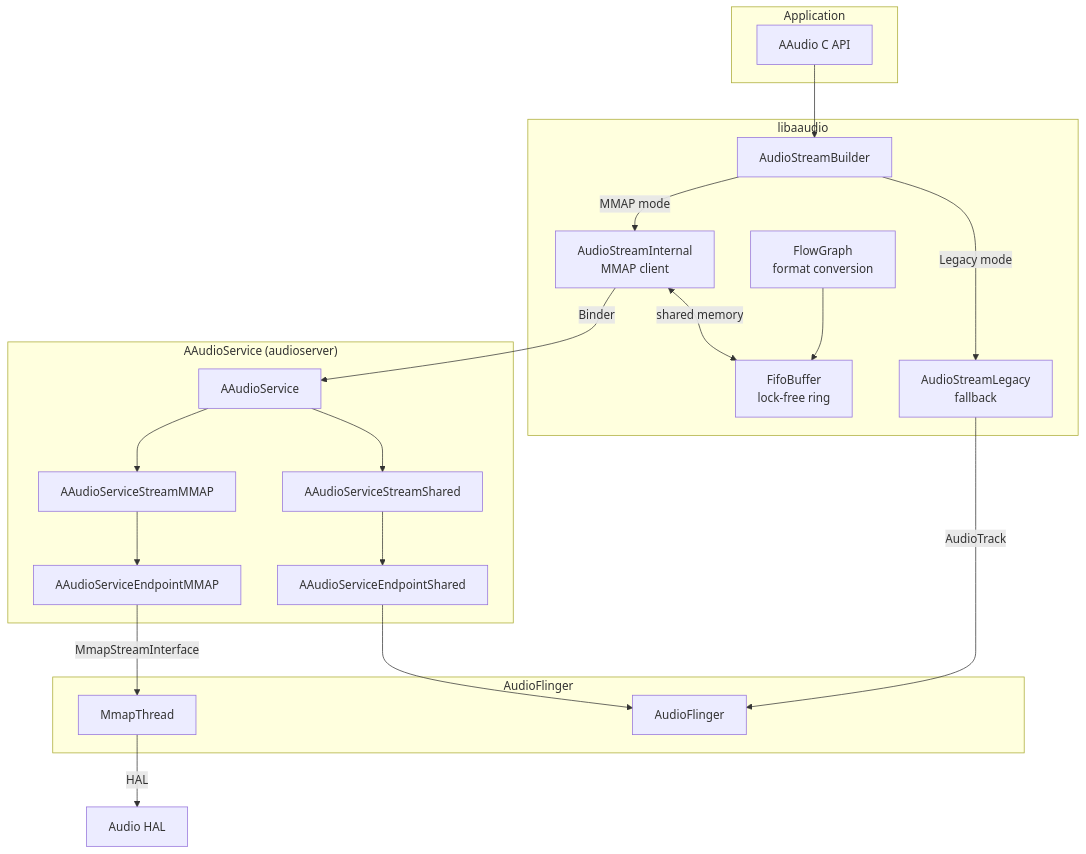
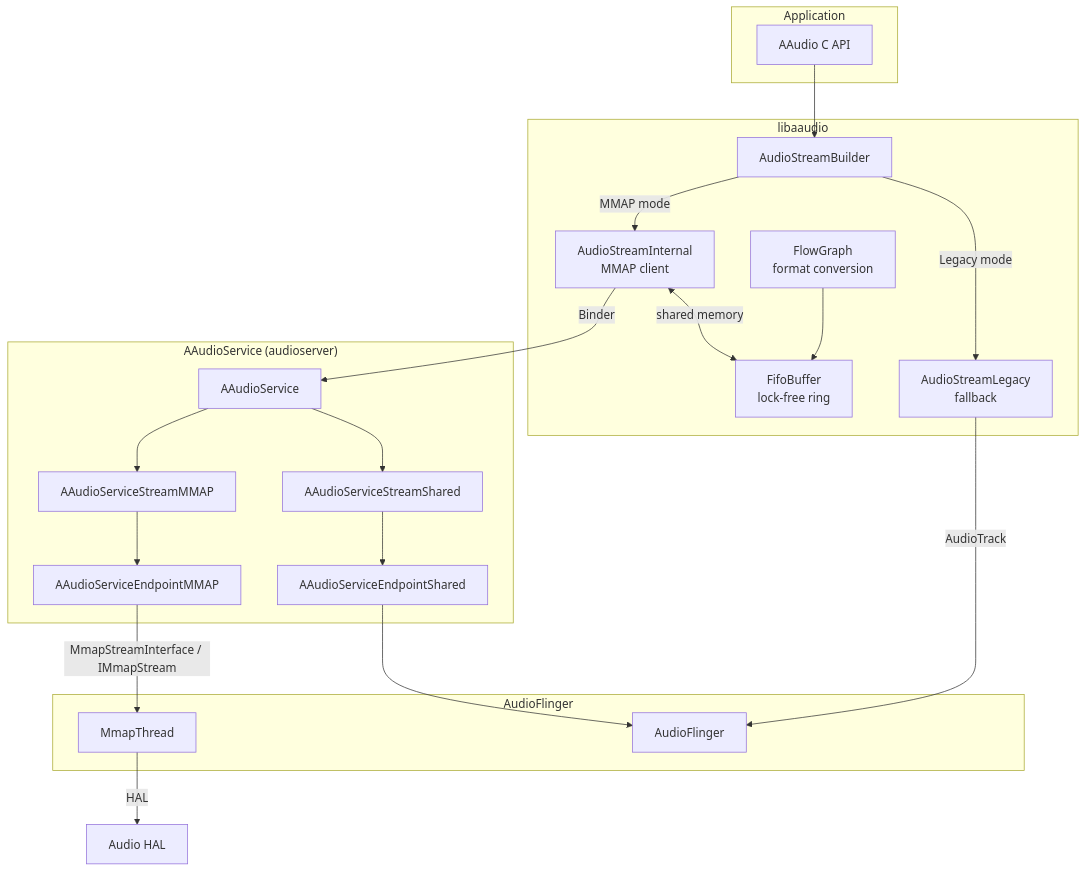
Before and after one commit to aospbooks/aosp-internal-book: the ninth of 25 diagrams in 15-audio-system.md, drawn with Mermaid. The commit also changed other lines of this file and 232 other files, not shown here.

````diff
--- a/15-audio-system.md
+++ b/15-audio-system.md
@@ -1972,42 +1980,42 @@
 ```mermaid
 graph TB
     subgraph "Application"
         APP[AAudio C API]
     end
 
     subgraph "libaaudio"
         ASB[AudioStreamBuilder]
         ASI["AudioStreamInternal<br/>MMAP client"]
         ASL["AudioStreamLegacy<br/>fallback"]
         FIFO["FifoBuffer<br/>lock-free ring"]
         FG["FlowGraph<br/>format conversion"]
     end
 
     subgraph "AAudioService (audioserver)"
         AAS[AAudioService]
         SSMMAP[AAudioServiceStreamMMAP]
         SSShared[AAudioServiceStreamShared]
         EPMMAP[AAudioServiceEndpointMMAP]
         EPShared[AAudioServiceEndpointShared]
     end
 
     subgraph "AudioFlinger"
         AF[AudioFlinger]
         MMAPT[MmapThread]
     end
 
     APP --> ASB
     ASB -->|MMAP mode| ASI
     ASB -->|Legacy mode| ASL
     ASI -->|Binder| AAS
     ASL -->|AudioTrack| AF
     AAS --> SSMMAP
     AAS --> SSShared
     SSMMAP --> EPMMAP
     SSShared --> EPShared
     EPShared --> AF
-    EPMMAP -->|MmapStreamInterface| MMAPT
+    EPMMAP -->|"MmapStreamInterface / IMmapStream"| MMAPT
     MMAPT -->|HAL| HAL[Audio HAL]
     ASI <-->|shared memory| FIFO
     FG --> FIFO
 ```
````
